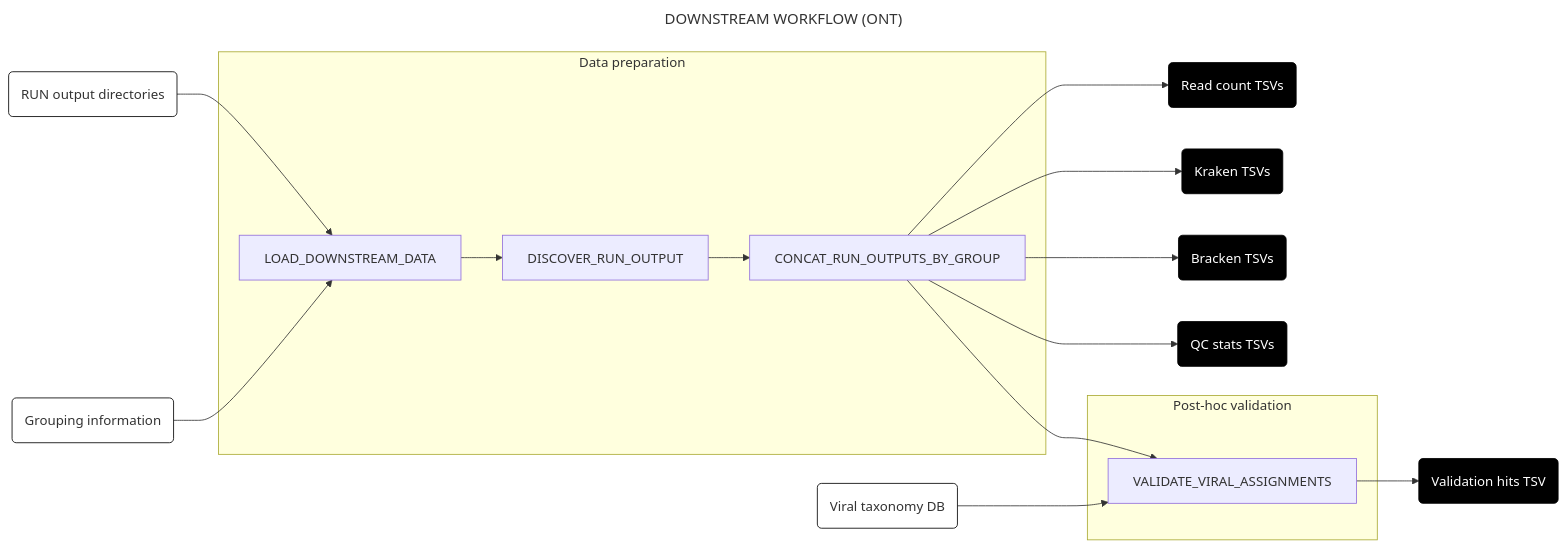
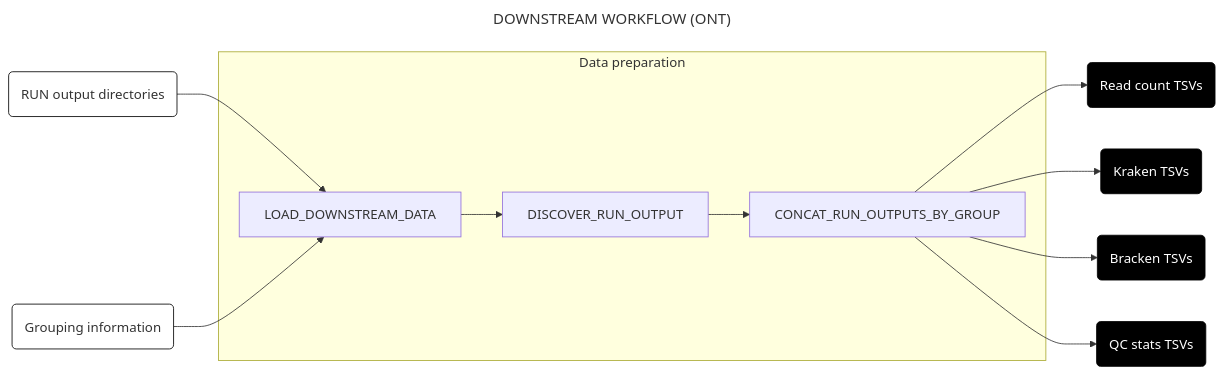
Before and after one commit to securebio/det-mclaren-2026-airplane-wastewater-mgs-workflow: the second of 4 diagrams in docs/downstream.md, drawn with Mermaid. The commit also changed other lines of this file and 13 other files, not shown here.

````diff
--- a/docs/downstream.md
+++ b/docs/downstream.md
@@ -69,34 +60,26 @@
 ```mermaid
 ---
 title: DOWNSTREAM WORKFLOW (ONT)
 config:
   layout: horizontal
 ---
 flowchart LR
 A(RUN output directories) & B(Grouping information) --> C[LOAD_DOWNSTREAM_DATA]
 C --> N[DISCOVER_RUN_OUTPUT]
 N --> O[CONCAT_RUN_OUTPUTS_BY_GROUP]
 O --> S(Read count TSVs)
 O --> KR(Kraken TSVs)
 O --> BR(Bracken TSVs)
 O --> QC(QC stats TSVs)
-O --> F[VALIDATE_VIRAL_ASSIGNMENTS]
-G(Viral taxonomy DB) --> F
-F --> H(Validation hits TSV)
 subgraph "Data preparation"
 C
 N
 O
 end
-subgraph "Post-hoc validation"
-F
-end
 style A fill:#fff,stroke:#000
 style B fill:#fff,stroke:#000
-style G fill:#fff,stroke:#000
-style H fill:#000,color:#fff,stroke:#000
 style S fill:#000,color:#fff,stroke:#000
 style KR fill:#000,color:#fff,stroke:#000
 style BR fill:#000,color:#fff,stroke:#000
 style QC fill:#000,color:#fff,stroke:#000
 ```
````
